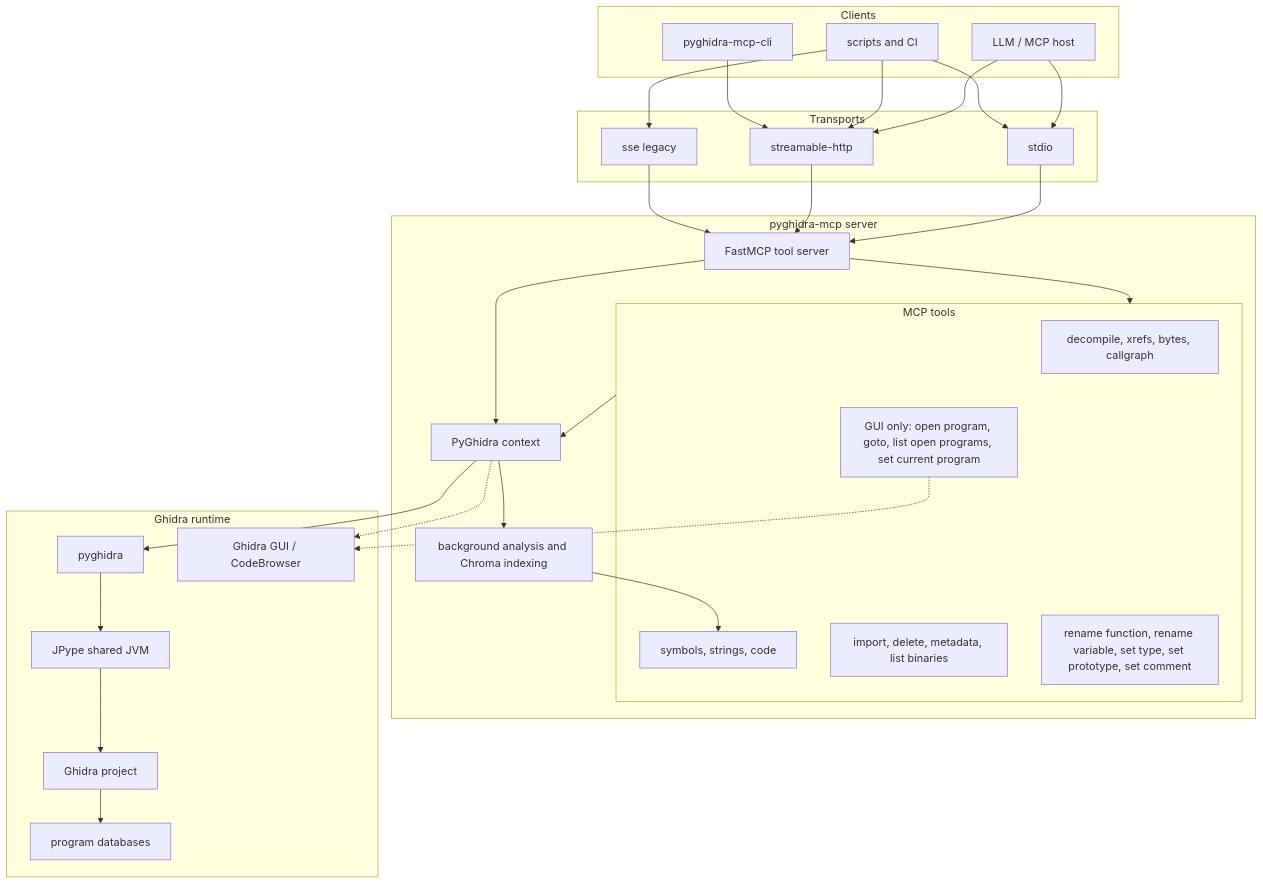
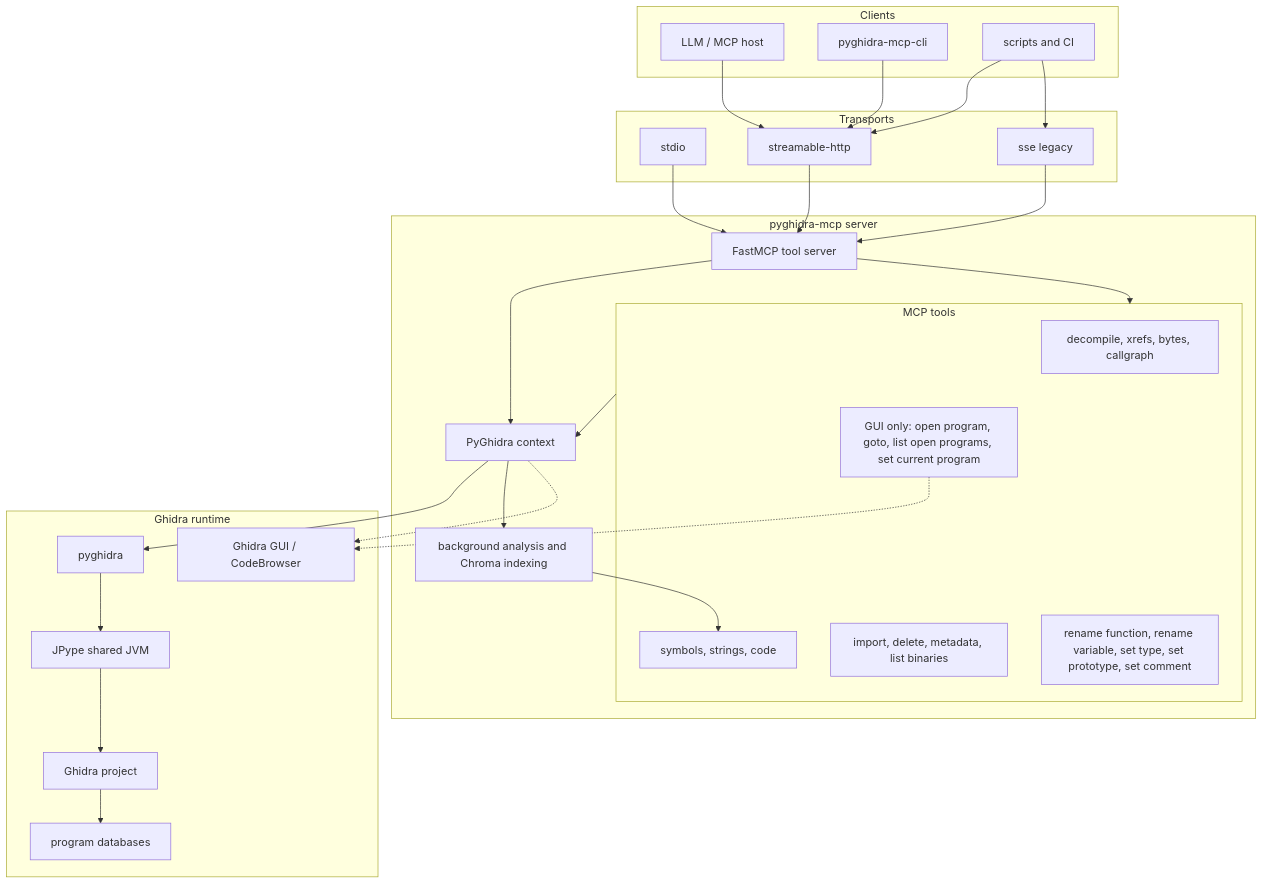
The third of 3 diagrams in README.md (clearbluejar/pyghidra-mcp), drawn with Mermaid before and after one commit. The commit also changed other lines of this file, not shown here.

````diff
--- a/README.md
+++ b/README.md
@@ -101,60 +102,58 @@
 ```mermaid
 flowchart TD
     subgraph Clients
         Agent["LLM / MCP host"]
         Cli["pyghidra-mcp-cli"]
         Automation["scripts and CI"]
     end
 
     subgraph Transports
         Stdio["stdio"]
         Http["streamable-http"]
         Sse["sse legacy"]
     end
 
     subgraph Server["pyghidra-mcp server"]
         FastMcp["FastMCP tool server"]
         Context["PyGhidra context"]
         Indexing["background analysis and Chroma indexing"]
 
         subgraph Tools["MCP tools"]
             Analysis["decompile, xrefs, bytes, callgraph"]
             Search["symbols, strings, code"]
             ProjectOps["import, delete, metadata, list binaries"]
             Edits["rename function, rename variable, set type, set prototype, set comment"]
             GuiOnly["GUI only: open program, goto, list open programs, set current program"]
         end
     end
 
     subgraph GhidraRuntime["Ghidra runtime"]
         PyGhidra["pyghidra"]
         Jpype["JPype shared JVM"]
         Project["Ghidra project"]
         Programs["program databases"]
         CodeBrowser["Ghidra GUI / CodeBrowser"]
     end
 
-    Agent --> Stdio
     Agent --> Http
-    Automation --> Stdio
     Automation --> Http
     Automation --> Sse
     Cli --> Http
 
     Stdio --> FastMcp
     Http --> FastMcp
     Sse --> FastMcp
 
     FastMcp --> Context
     Context --> PyGhidra
     PyGhidra --> Jpype
     Jpype --> Project
     Project --> Programs
     Context --> Indexing
     Indexing --> Search
 
     FastMcp --> Tools
     Tools --> Context
     GuiOnly -.-> CodeBrowser
     Context -.-> CodeBrowser
 ```
````
